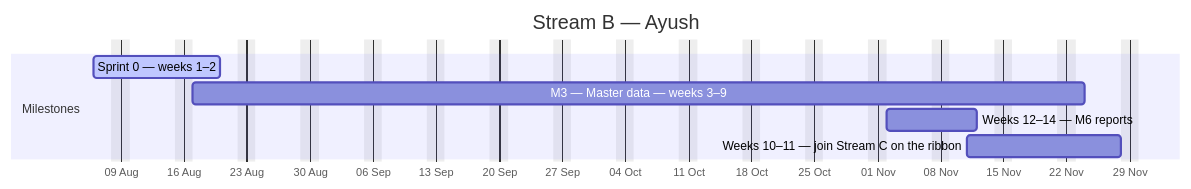
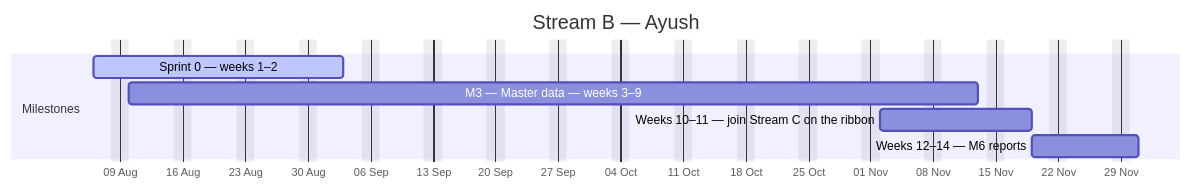
Before and after one commit to debashisedunext/EduTrack: the second of 4 diagrams in docs/plan/GANTT.md, drawn with Mermaid. The commit also changed other lines of this file and 3 other files, not shown here.

````diff
--- a/docs/plan/GANTT.md
+++ b/docs/plan/GANTT.md
@@ -142,12 +145,12 @@
 ```mermaid
 gantt
     dateFormat YYYY-MM-DD
     axisFormat %d %b
     title Stream B — Ayush
     excludes weekends
     section Milestones
-    Sprint 0 — weeks 1–2 :active, b0, 2026-08-06, 10d
-    M3 — Master data — weeks 3–9 :b1, 2026-08-17, 71d
-    Weeks 12–14 — M6 reports :b2, 2026-11-02, 8d
-    Weeks 10–11 — join Stream C on the ribbon :b3, 2026-11-11, 13d
+    Sprint 0 — weeks 1–2 :active, b0, 2026-08-06, 20d
+    M3 — Master data — weeks 3–9 :b1, 2026-08-10, 69d
+    Weeks 10–11 — join Stream C on the ribbon :b2, 2026-11-02, 13d
+    Weeks 12–14 — M6 reports :b3, 2026-11-19, 8d
 ```
````
